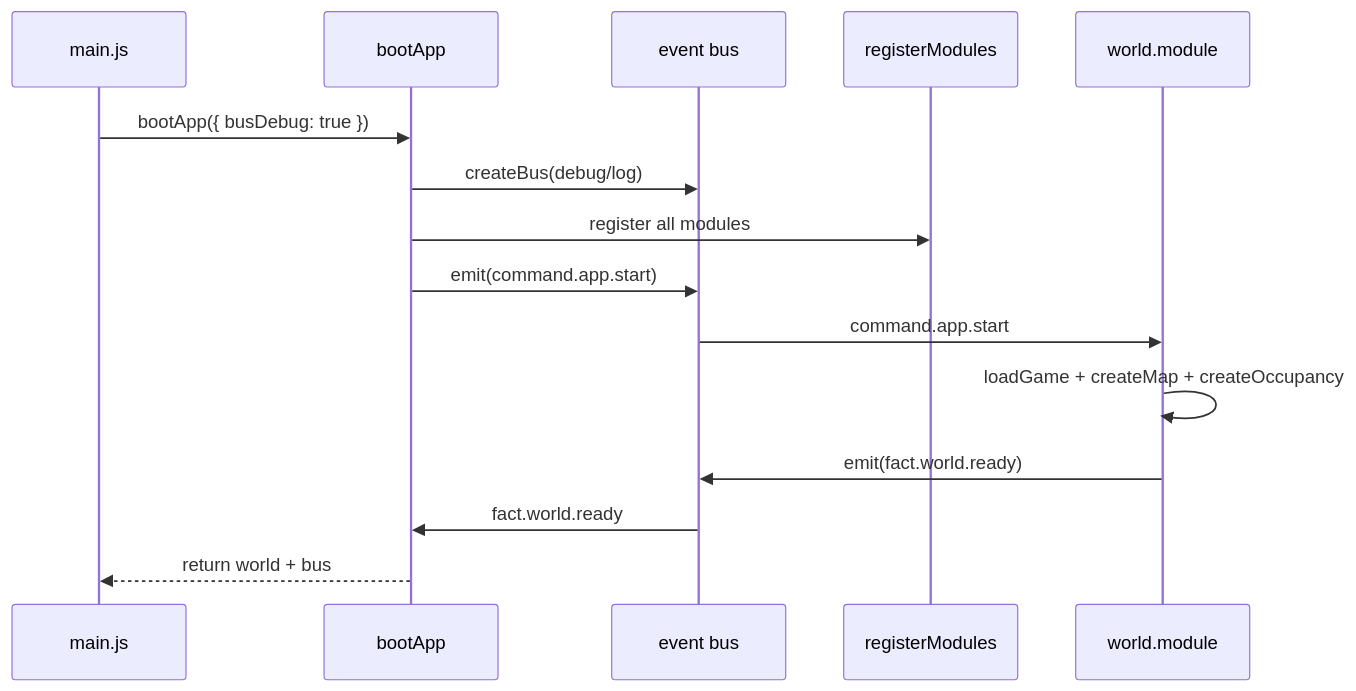
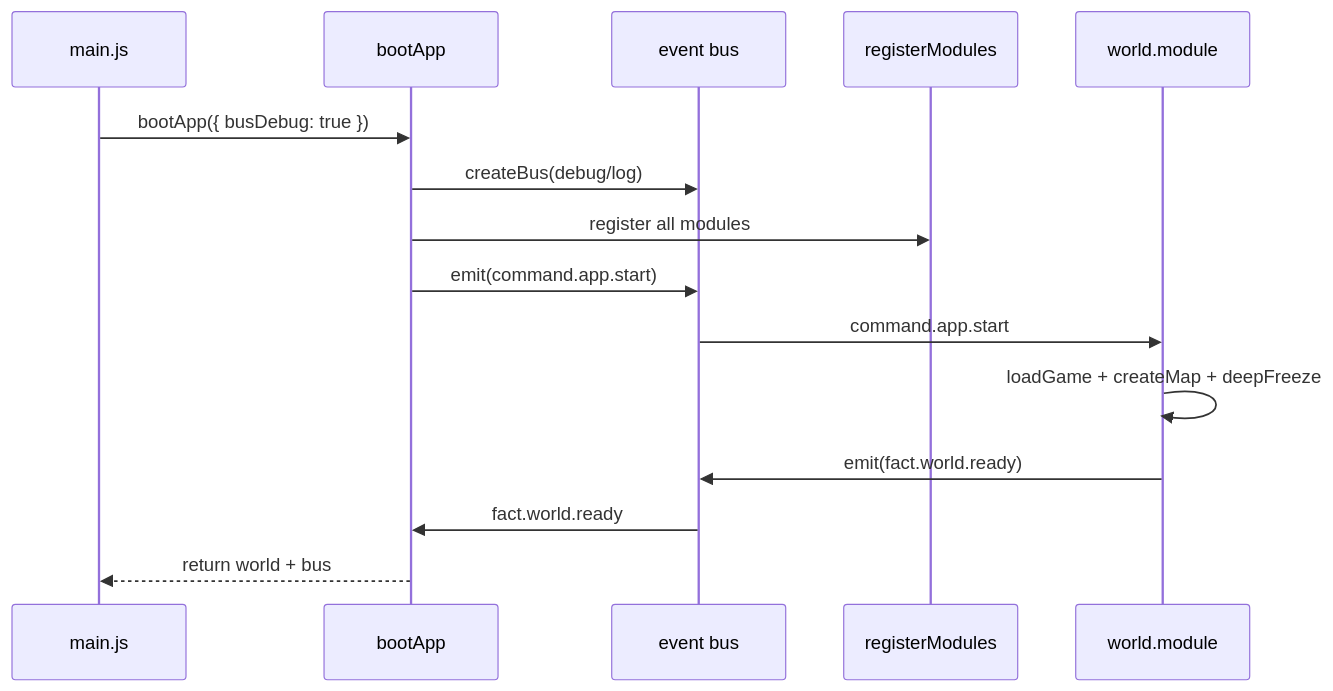
Before and after one commit to jakubjanczyk/heroes-3-js: the second of 4 diagrams in docs/v1/ARCHITECTURE.md, drawn with Mermaid. The commit also changed other lines of this file and 20 other files, not shown here.

````diff
--- a/docs/v1/ARCHITECTURE.md
+++ b/docs/v1/ARCHITECTURE.md
@@ -146,18 +146,18 @@
 ```mermaid
 sequenceDiagram
   participant Main as main.js
   participant Boot as bootApp
   participant Bus as event bus
   participant Modules as registerModules
   participant World as world.module
 
   Main->>Boot: bootApp({ busDebug: true })
   Boot->>Bus: createBus(debug/log)
   Boot->>Modules: register all modules
   Boot->>Bus: emit(command.app.start)
   Bus->>World: command.app.start
-  World->>World: loadGame + createMap + createOccupancy
+  World->>World: loadGame + createMap + deepFreeze
   World->>Bus: emit(fact.world.ready)
   Bus->>Boot: fact.world.ready
   Boot-->>Main: return world + bus
 ```
````
